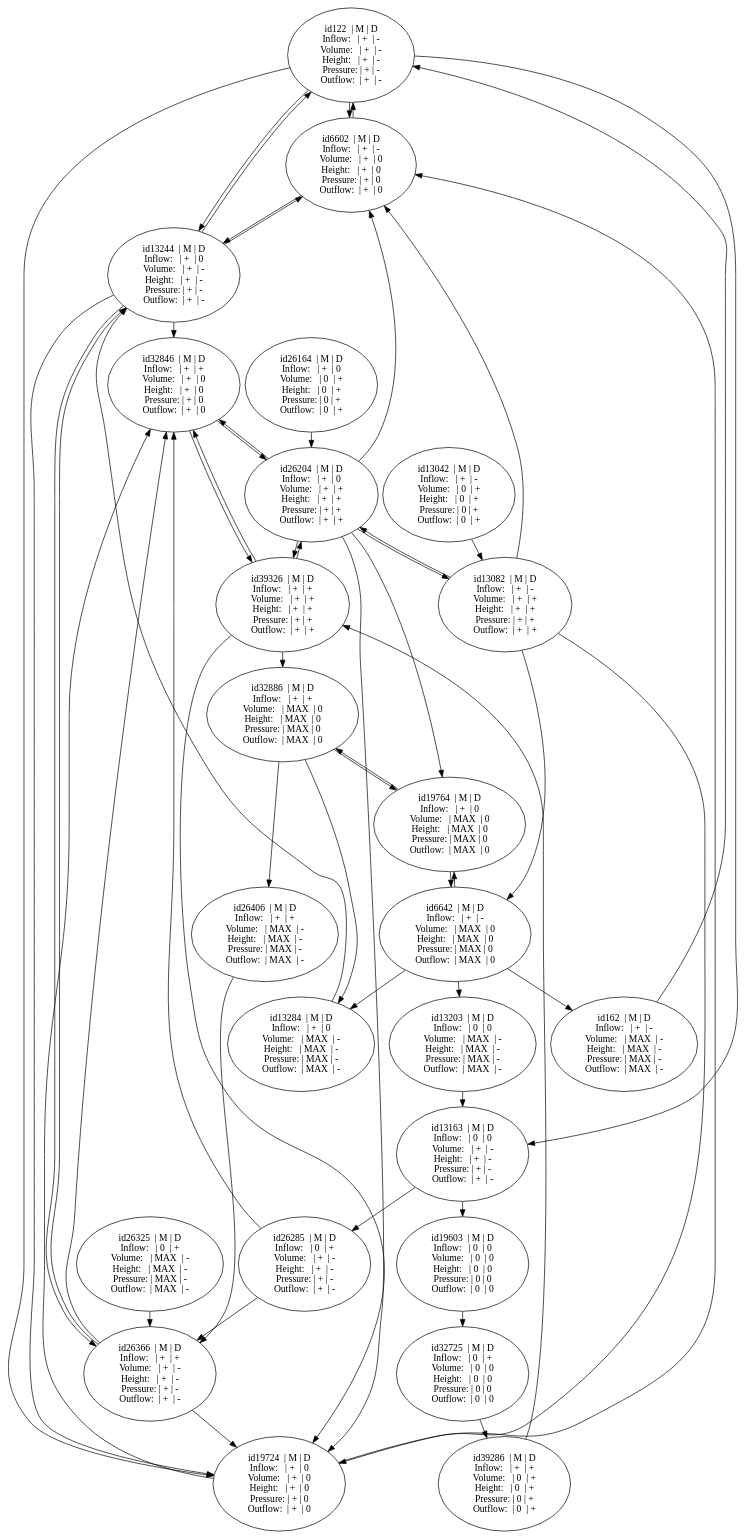
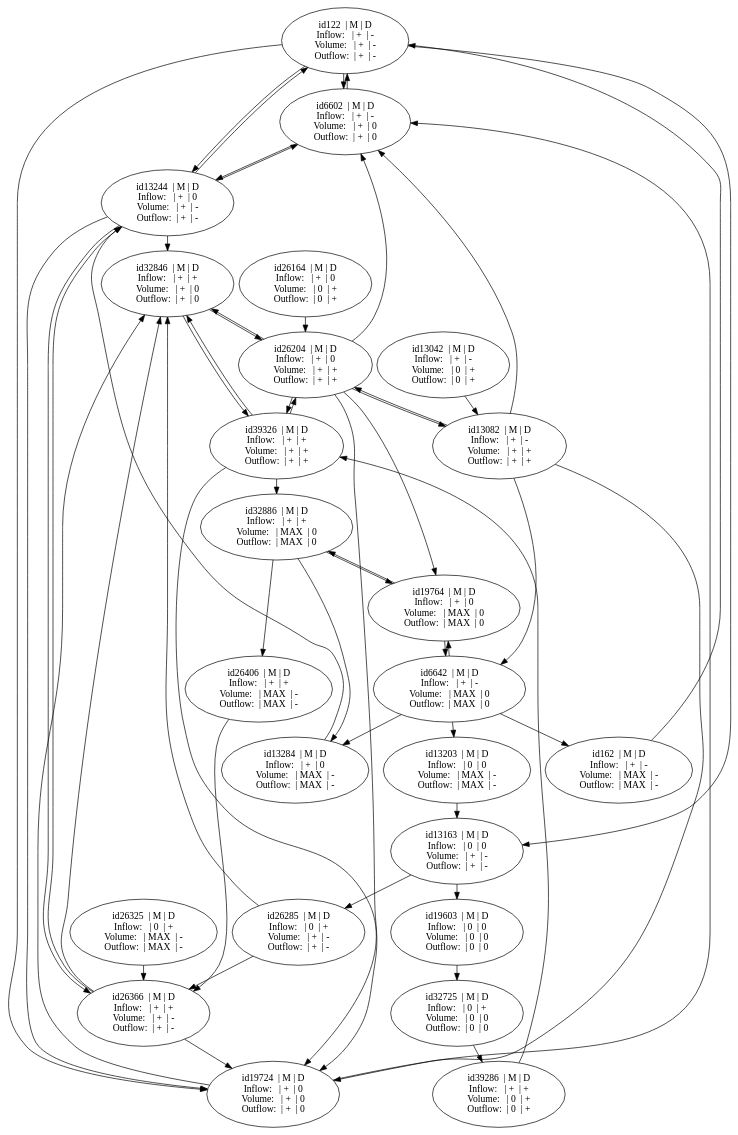
Before and after one commit to JappaB/Knowledge_Representation: the diagram in QR assignment/graph.gv, drawn with Graphviz. The commit also changed 1 other file, not shown here.

```diff
--- a/QR assignment/graph.gv
+++ b/QR assignment/graph.gv
@@ -1,226 +1,178 @@
 digraph {
 	graph [center=true margin=0.2 nodesep=0.1 rankdir=UD ranksep=0.3]
-	122 [label="id122  | M | D 
+		122 [label="id122  | M | D 
 Inflow:   | +  | -
 Volume:   | +  | -
-Height:   | +  | -
-Pressure: | + | -
 Outflow:  | +  | -
 "]
-	162 [label="id162  | M | D 
+		162 [label="id162  | M | D 
 Inflow:   | +  | -
 Volume:   | MAX  | -
-Height:   | MAX  | -
-Pressure: | MAX | -
 Outflow:  | MAX  | -
 "]
-	6602 [label="id6602  | M | D 
+		6602 [label="id6602  | M | D 
 Inflow:   | +  | -
 Volume:   | +  | 0
-Height:   | +  | 0
-Pressure: | + | 0
 Outflow:  | +  | 0
 "]
-	6642 [label="id6642  | M | D 
+		6642 [label="id6642  | M | D 
 Inflow:   | +  | -
 Volume:   | MAX  | 0
-Height:   | MAX  | 0
-Pressure: | MAX | 0
 Outflow:  | MAX  | 0
 "]
-	13042 [label="id13042  | M | D 
+		13042 [label="id13042  | M | D 
 Inflow:   | +  | -
 Volume:   | 0  | +
-Height:   | 0  | +
-Pressure: | 0 | +
 Outflow:  | 0  | +
 "]
-	13082 [label="id13082  | M | D 
+		13082 [label="id13082  | M | D 
 Inflow:   | +  | -
 Volume:   | +  | +
-Height:   | +  | +
-Pressure: | + | +
 Outflow:  | +  | +
 "]
-	13163 [label="id13163  | M | D 
+		13163 [label="id13163  | M | D 
 Inflow:   | 0  | 0
 Volume:   | +  | -
-Height:   | +  | -
-Pressure: | + | -
 Outflow:  | +  | -
 "]
-	13203 [label="id13203  | M | D 
+		13203 [label="id13203  | M | D 
 Inflow:   | 0  | 0
 Volume:   | MAX  | -
-Height:   | MAX  | -
-Pressure: | MAX | -
 Outflow:  | MAX  | -
 "]
-	13244 [label="id13244  | M | D 
+		13244 [label="id13244  | M | D 
 Inflow:   | +  | 0
 Volume:   | +  | -
-Height:   | +  | -
-Pressure: | + | -
 Outflow:  | +  | -
 "]
-	13284 [label="id13284  | M | D 
+		13284 [label="id13284  | M | D 
 Inflow:   | +  | 0
 Volume:   | MAX  | -
-Height:   | MAX  | -
-Pressure: | MAX | -
 Outflow:  | MAX  | -
 "]
-	19603 [label="id19603  | M | D 
+		19603 [label="id19603  | M | D 
 Inflow:   | 0  | 0
 Volume:   | 0  | 0
-Height:   | 0  | 0
-Pressure: | 0 | 0
 Outflow:  | 0  | 0
 "]
-	19724 [label="id19724  | M | D 
+		19724 [label="id19724  | M | D 
 Inflow:   | +  | 0
 Volume:   | +  | 0
-Height:   | +  | 0
-Pressure: | + | 0
 Outflow:  | +  | 0
 "]
-	19764 [label="id19764  | M | D 
+		19764 [label="id19764  | M | D 
 Inflow:   | +  | 0
 Volume:   | MAX  | 0
-Height:   | MAX  | 0
-Pressure: | MAX | 0
 Outflow:  | MAX  | 0
 "]
-	26164 [label="id26164  | M | D 
+		26164 [label="id26164  | M | D 
 Inflow:   | +  | 0
 Volume:   | 0  | +
-Height:   | 0  | +
-Pressure: | 0 | +
 Outflow:  | 0  | +
 "]
-	26204 [label="id26204  | M | D 
+		26204 [label="id26204  | M | D 
 Inflow:   | +  | 0
 Volume:   | +  | +
-Height:   | +  | +
-Pressure: | + | +
 Outflow:  | +  | +
 "]
-	26285 [label="id26285  | M | D 
+		26285 [label="id26285  | M | D 
 Inflow:   | 0  | +
 Volume:   | +  | -
-Height:   | +  | -
-Pressure: | + | -
 Outflow:  | +  | -
 "]
-	26325 [label="id26325  | M | D 
+		26325 [label="id26325  | M | D 
 Inflow:   | 0  | +
 Volume:   | MAX  | -
-Height:   | MAX  | -
-Pressure: | MAX | -
 Outflow:  | MAX  | -
 "]
-	26366 [label="id26366  | M | D 
+		26366 [label="id26366  | M | D 
 Inflow:   | +  | +
 Volume:   | +  | -
-Height:   | +  | -
-Pressure: | + | -
 Outflow:  | +  | -
 "]
-	26406 [label="id26406  | M | D 
+		26406 [label="id26406  | M | D 
 Inflow:   | +  | +
 Volume:   | MAX  | -
-Height:   | MAX  | -
-Pressure: | MAX | -
 Outflow:  | MAX  | -
 "]
-	32725 [label="id32725  | M | D 
+		32725 [label="id32725  | M | D 
 Inflow:   | 0  | +
 Volume:   | 0  | 0
-Height:   | 0  | 0
-Pressure: | 0 | 0
 Outflow:  | 0  | 0
 "]
-	32846 [label="id32846  | M | D 
+		32846 [label="id32846  | M | D 
 Inflow:   | +  | +
 Volume:   | +  | 0
-Height:   | +  | 0
-Pressure: | + | 0
 Outflow:  | +  | 0
 "]
-	32886 [label="id32886  | M | D 
+		32886 [label="id32886  | M | D 
 Inflow:   | +  | +
 Volume:   | MAX  | 0
-Height:   | MAX  | 0
-Pressure: | MAX | 0
 Outflow:  | MAX  | 0
 "]
-	39286 [label="id39286  | M | D 
+		39286 [label="id39286  | M | D 
 Inflow:   | +  | +
 Volume:   | 0  | +
-Height:   | 0  | +
-Pressure: | 0 | +
 Outflow:  | 0  | +
 "]
-	39326 [label="id39326  | M | D 
+		39326 [label="id39326  | M | D 
 Inflow:   | +  | +
 Volume:   | +  | +
-Height:   | +  | +
-Pressure: | + | +
 Outflow:  | +  | +
 "]
-	162 -> 122
-	122 -> 6602
-	6602 -> 122
-	122 -> 13163
-	122 -> 13244
-	13244 -> 122
-	122 -> 19724
-	6642 -> 162
-	13082 -> 6602
-	6602 -> 13244
-	13244 -> 6602
-	19724 -> 6602
-	26204 -> 6602
-	13082 -> 6642
-	6642 -> 13203
-	6642 -> 13284
-	6642 -> 19764
-	19764 -> 6642
-	13042 -> 13082
-	13082 -> 19724
-	13082 -> 26204
-	26204 -> 13082
-	13203 -> 13163
-	13163 -> 19603
-	13163 -> 26285
-	13284 -> 13244
-	13244 -> 19724
-	13244 -> 26366
-	26366 -> 13244
-	13244 -> 32846
-	32886 -> 13284
-	19603 -> 32725
-	26204 -> 19724
-	26366 -> 19724
-	19724 -> 32846
-	39326 -> 19724
-	26204 -> 19764
-	19764 -> 32886
-	32886 -> 19764
-	26164 -> 26204
-	26204 -> 32846
-	32846 -> 26204
-	26204 -> 39326
-	39326 -> 26204
-	26285 -> 26366
-	26285 -> 32846
-	26325 -> 26366
-	26406 -> 26366
-	26366 -> 32846
-	32886 -> 26406
-	32725 -> 39286
-	32846 -> 39326
-	39326 -> 32846
-	39326 -> 32886
-	39286 -> 39326
+			162 -> 122
+			122 -> 6602
+			6602 -> 122
+			122 -> 13163
+			122 -> 13244
+			13244 -> 122
+			122 -> 19724
+			6642 -> 162
+			13082 -> 6602
+			6602 -> 13244
+			13244 -> 6602
+			19724 -> 6602
+			26204 -> 6602
+			13082 -> 6642
+			6642 -> 13203
+			6642 -> 13284
+			6642 -> 19764
+			19764 -> 6642
+			13042 -> 13082
+			13082 -> 19724
+			13082 -> 26204
+			26204 -> 13082
+			13203 -> 13163
+			13163 -> 19603
+			13163 -> 26285
+			13284 -> 13244
+			13244 -> 19724
+			13244 -> 26366
+			26366 -> 13244
+			13244 -> 32846
+			32886 -> 13284
+			19603 -> 32725
+			26204 -> 19724
+			26366 -> 19724
+			19724 -> 32846
+			39326 -> 19724
+			26204 -> 19764
+			19764 -> 32886
+			32886 -> 19764
+			26164 -> 26204
+			26204 -> 32846
+			32846 -> 26204
+			26204 -> 39326
+			39326 -> 26204
+			26285 -> 26366
+			26285 -> 32846
+			26325 -> 26366
+			26406 -> 26366
+			26366 -> 32846
+			32886 -> 26406
+			32725 -> 39286
+			32846 -> 39326
+			39326 -> 32846
+			39326 -> 32886
+			39286 -> 39326
 }
```
